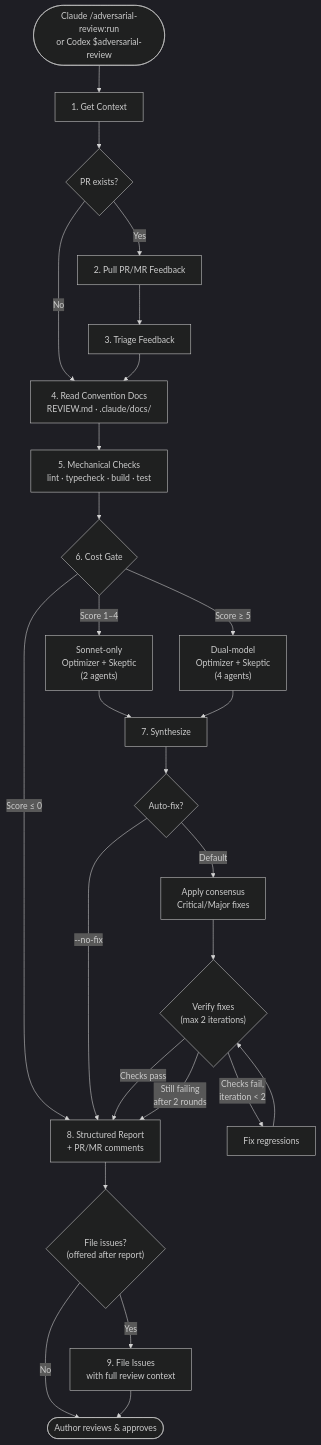
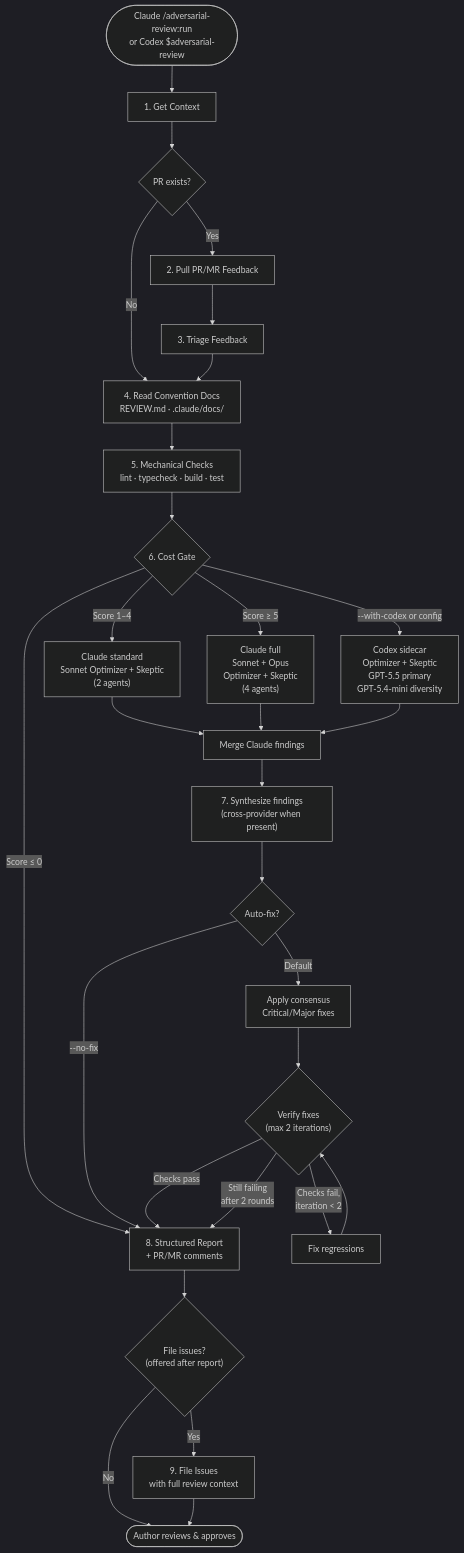
Before and after one commit to ng/adversarial-review: the first of 3 diagrams in README.md, drawn with Mermaid (dark theme). The commit also changed other lines of this file and 1 other file, not shown here.

Commit message:
chore: automate release PR auto-merge (#24)

````diff
--- a/README.md
+++ b/README.md
@@ -176,26 +192,29 @@
 ```mermaid
 flowchart TD
     Start(["Claude /adversarial-review:run<br/>or Codex $adversarial-review"]) --> Context["1. Get Context"]
     Context --> PR{PR exists?}
     PR -->|Yes| Feedback["2. Pull PR/MR Feedback"]
     PR -->|No| Docs
     Feedback --> Triage["3. Triage Feedback"]
     Triage --> Docs["4. Read Convention Docs<br/>REVIEW.md · .claude/docs/"]
     Docs --> Mechanical["5. Mechanical Checks<br/>lint · typecheck · build · test"]
     Mechanical --> Gate{"6. Cost Gate"}
     Gate -->|"Score ≤ 0"| Report
-    Gate -->|"Score 1–4"| Standard["Sonnet-only<br/>Optimizer + Skeptic<br/>(2 agents)"]
-    Gate -->|"Score ≥ 5"| Full["Dual-model<br/>Optimizer + Skeptic<br/>(4 agents)"]
-    Standard & Full --> Synth["7. Synthesize"]
+    Gate -->|"Score 1–4"| Standard["Claude standard<br/>Sonnet Optimizer + Skeptic<br/>(2 agents)"]
+    Gate -->|"Score ≥ 5"| Full["Claude full<br/>Sonnet + Opus<br/>Optimizer + Skeptic<br/>(4 agents)"]
+    Gate -->|"--with-codex or config"| CodexSidecar["Codex sidecar<br/>Optimizer + Skeptic<br/>GPT-5.5 primary<br/>GPT-5.4-mini diversity"]
+    Standard & Full --> ProviderMerge["Merge Claude findings"]
+    CodexSidecar --> ProviderMerge
+    ProviderMerge --> Synth["7. Synthesize findings<br/>(cross-provider when present)"]
     Synth --> ModeCheck{Auto-fix?}
     ModeCheck -->|"--no-fix"| Report
     ModeCheck -->|"Default"| Apply["Apply consensus<br/>Critical/Major fixes"]
     Apply --> Verify{"Verify fixes<br/>(max 2 iterations)"}
     Verify -->|"Checks pass"| Report
     Verify -->|"Checks fail,<br/>iteration < 2"| Fix["Fix regressions"] --> Verify
     Verify -->|"Still failing<br/>after 2 rounds"| Report
     Report["8. Structured Report<br/>+ PR/MR comments"] --> Issues{"File issues?<br/>(offered after report)"}
     Issues -->|Yes| File["9. File Issues<br/>with full review context"]
     Issues -->|No| Done
     File --> Done([Author reviews & approves])
 ```
````
